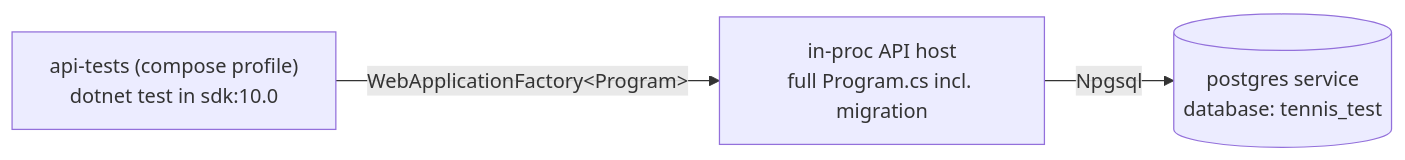
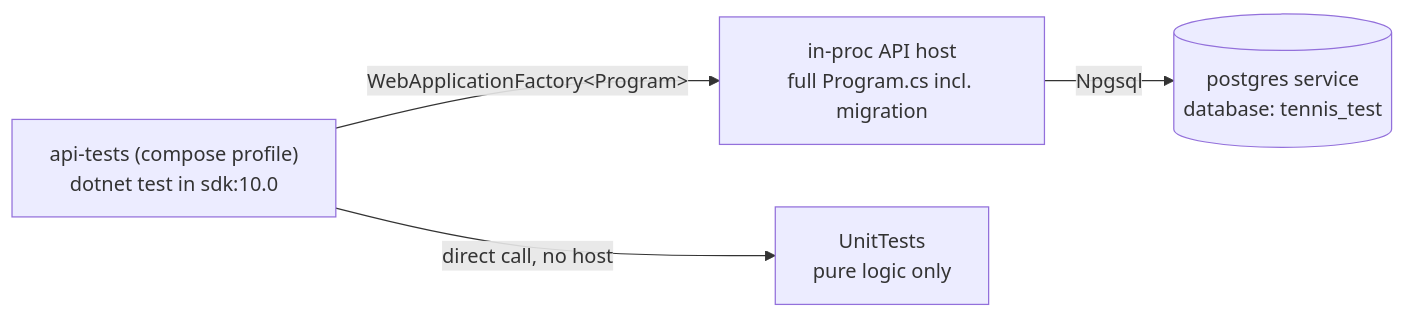
Before and after one commit to l1em1on1/social-tennis: the fifth of 6 diagrams in docs/architecture.md, drawn with Mermaid. The commit also changed other lines of this file and 25 other files, not shown here.

````diff
--- a/docs/architecture.md
+++ b/docs/architecture.md
@@ -153,5 +161,6 @@
 ```mermaid
 flowchart LR
     T["api-tests (compose profile)<br/>dotnet test in sdk:10.0"] -->|WebApplicationFactory&lt;Program&gt;| H["in-proc API host<br/>full Program.cs incl. migration"]
     H -->|Npgsql| DB[("postgres service<br/>database: tennis_test")]
+    T -->|direct call, no host| U["UnitTests<br/>pure logic only"]
 ```
````
